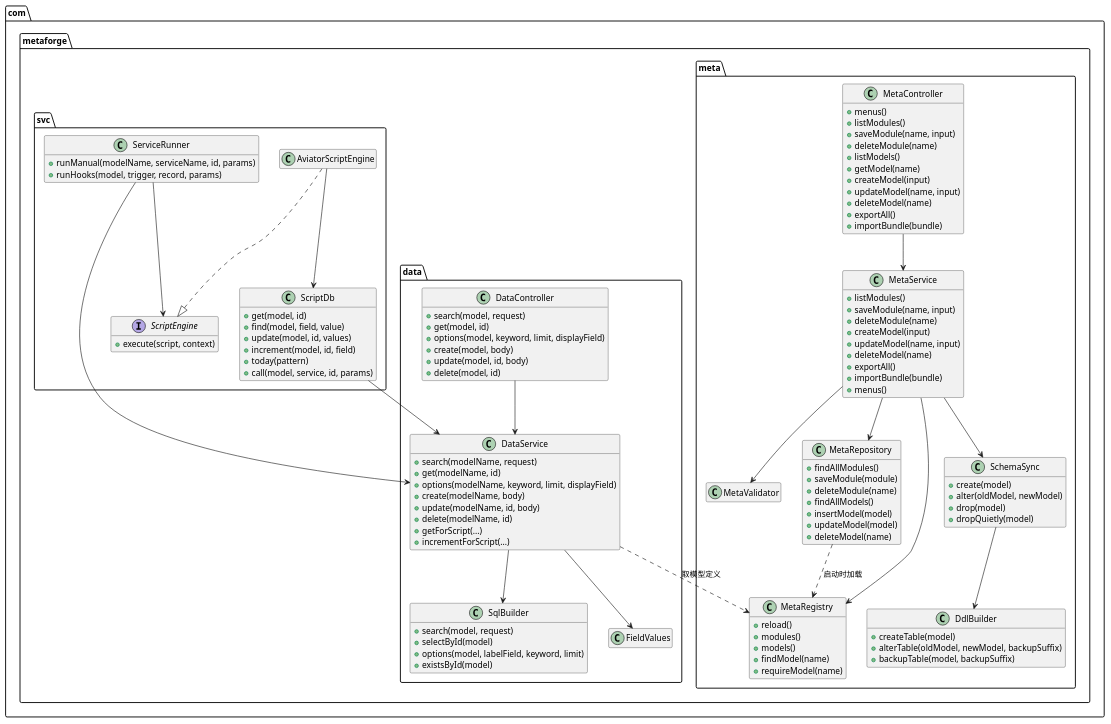
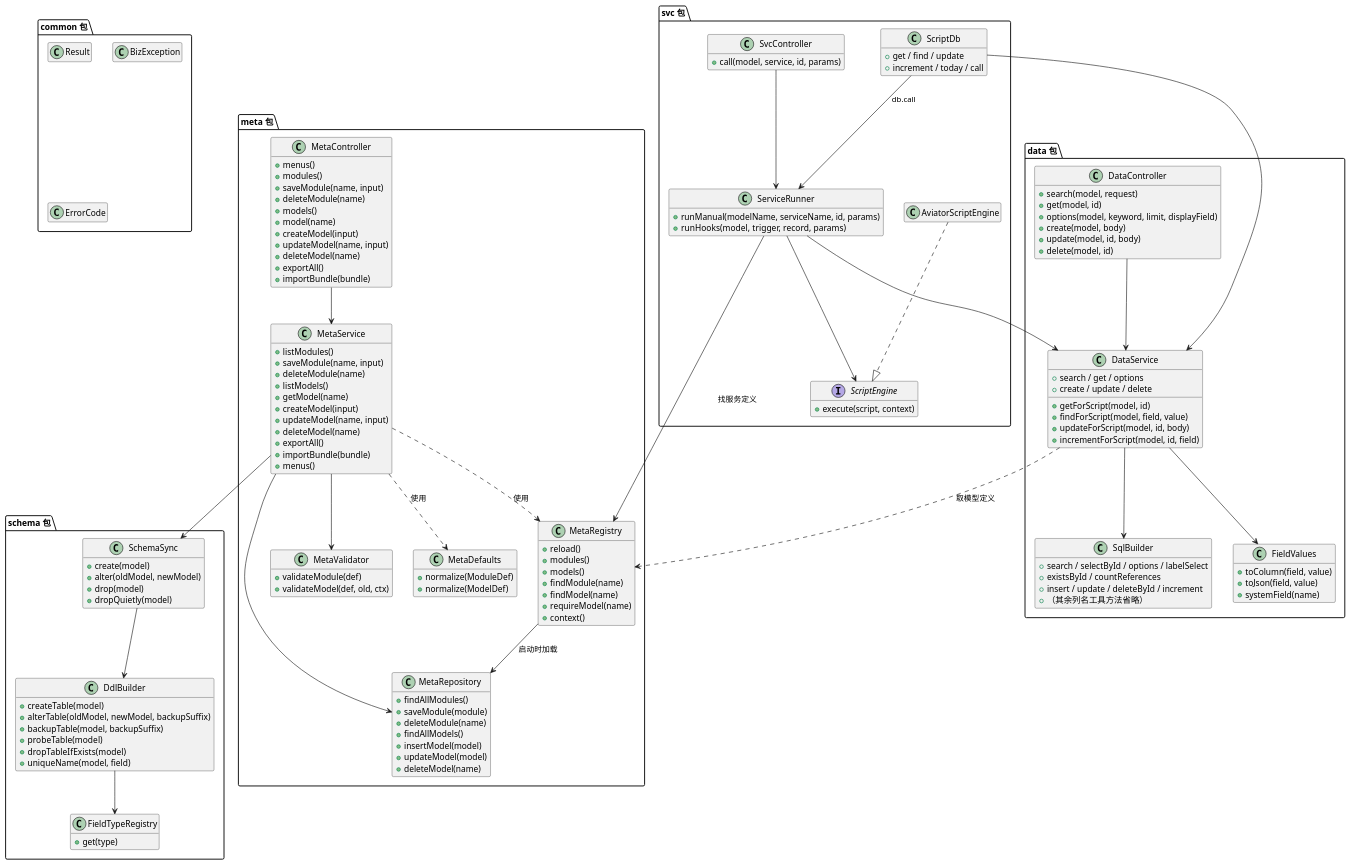
One commit to liyiming-dev/metaforge changed the diagram in docs/dev-doc/images/design/04-backend-class.puml. Above: the diagram before and after it, drawn with PlantUML. The commit also changed 4 other files, not shown here.

Commit message:
docs: 按后端评审意见修订图 4、图 5

```diff
--- a/docs/dev-doc/images/design/04-backend-class.puml
+++ b/docs/dev-doc/images/design/04-backend-class.puml
@@ -1,125 +1,156 @@
 @startuml
 skinparam shadowing false
 hide empty members
 
-package "com.metaforge.meta" {
+package "meta 包" {
   class MetaController {
     +menus()
+    +modules()
+    +saveModule(name, input)
+    +deleteModule(name)
+    +models()
+    +model(name)
+    +createModel(input)
+    +updateModel(name, input)
+    +deleteModel(name)
+    +exportAll()
+    +importBundle(bundle)
+  }
+  class MetaService {
     +listModules()
     +saveModule(name, input)
     +deleteModule(name)
     +listModels()
     +getModel(name)
     +createModel(input)
     +updateModel(name, input)
     +deleteModel(name)
     +exportAll()
     +importBundle(bundle)
-  }
-  class MetaService {
-    +listModules()
-    +saveModule(name, input)
-    +deleteModule(name)
-    +createModel(input)
-    +updateModel(name, input)
-    +deleteModel(name)
-    +exportAll()
-    +importBundle(bundle)
     +menus()
   }
-  class MetaValidator
+  class MetaValidator {
+    +validateModule(def)
+    +validateModel(def, old, ctx)
+  }
+  class MetaDefaults {
+    +normalize(ModuleDef)
+    +normalize(ModelDef)
+  }
+  class MetaRegistry {
+    +reload()
+    +modules()
+    +models()
+    +findModule(name)
+    +findModel(name)
+    +requireModel(name)
+    +context()
+  }
   class MetaRepository {
     +findAllModules()
     +saveModule(module)
     +deleteModule(name)
     +findAllModels()
     +insertModel(model)
     +updateModel(model)
     +deleteModel(name)
   }
-  class MetaRegistry {
-    +reload()
-    +modules()
-    +models()
-    +findModel(name)
-    +requireModel(name)
-  }
+}
+
+package "schema 包" {
   class SchemaSync {
     +create(model)
     +alter(oldModel, newModel)
     +drop(model)
     +dropQuietly(model)
   }
   class DdlBuilder {
     +createTable(model)
     +alterTable(oldModel, newModel, backupSuffix)
     +backupTable(model, backupSuffix)
+    +probeTable(model)
+    +dropTableIfExists(model)
+    +uniqueName(model, field)
+  }
+  class FieldTypeRegistry {
+    +get(type)
   }
 }
 
-package "com.metaforge.data" {
+package "data 包" {
   class DataController {
     +search(model, request)
     +get(model, id)
     +options(model, keyword, limit, displayField)
     +create(model, body)
     +update(model, id, body)
     +delete(model, id)
   }
   class DataService {
-    +search(modelName, request)
-    +get(modelName, id)
-    +options(modelName, keyword, limit, displayField)
-    +create(modelName, body)
-    +update(modelName, id, body)
-    +delete(modelName, id)
-    +getForScript(...)
-    +incrementForScript(...)
+    +search / get / options
+    +create / update / delete
+    +getForScript(model, id)
+    +findForScript(model, field, value)
+    +updateForScript(model, id, body)
+    +incrementForScript(model, id, field)
   }
   class SqlBuilder {
-    +search(model, request)
-    +selectById(model)
-    +options(model, labelField, keyword, limit)
-    +existsById(model)
+    +search / selectById / options / labelSelect
+    +existsById / countReferences
+    +insert / update / deleteById / increment
+    +（其余列名工具方法省略）
   }
-  class FieldValues
+  class FieldValues {
+    +toColumn(field, value)
+    +toJson(field, value)
+    +systemField(name)
+  }
 }
 
-package "com.metaforge.svc" {
+package "svc 包" {
+  class SvcController {
+    +call(model, service, id, params)
+  }
+  class ServiceRunner {
+    +runManual(modelName, serviceName, id, params)
+    +runHooks(model, trigger, record, params)
+  }
   interface ScriptEngine {
     +execute(script, context)
   }
   class AviatorScriptEngine
-  class ServiceRunner {
-    +runManual(modelName, serviceName, id, params)
-    +runHooks(model, trigger, record, params)
-  }
   class ScriptDb {
-    +get(model, id)
-    +find(model, field, value)
-    +update(model, id, values)
-    +increment(model, id, field)
-    +today(pattern)
-    +call(model, service, id, params)
+    +get / find / update
+    +increment / today / call
   }
 }
 
+package "common 包" {
+  class Result
+  class BizException
+  class ErrorCode
+}
+
 MetaController --> MetaService
+MetaService --> MetaRepository
 MetaService --> MetaValidator
-MetaService --> MetaRepository
-MetaService --> MetaRegistry
 MetaService --> SchemaSync
+MetaService ..> MetaRegistry : 使用
+MetaService ..> MetaDefaults : 使用
+MetaRegistry --> MetaRepository : 启动时加载
 SchemaSync --> DdlBuilder
-MetaRepository ..> MetaRegistry : 启动时加载
+DdlBuilder --> FieldTypeRegistry
 
 DataController --> DataService
 DataService --> SqlBuilder
 DataService --> FieldValues
 DataService ..> MetaRegistry : 取模型定义
 
+SvcController --> ServiceRunner
+ServiceRunner --> MetaRegistry : 找服务定义
 ServiceRunner --> ScriptEngine
 ServiceRunner --> DataService
 AviatorScriptEngine ..|> ScriptEngine
-AviatorScriptEngine --> ScriptDb
 ScriptDb --> DataService
+ScriptDb --> ServiceRunner : db.call
 @enduml
```
